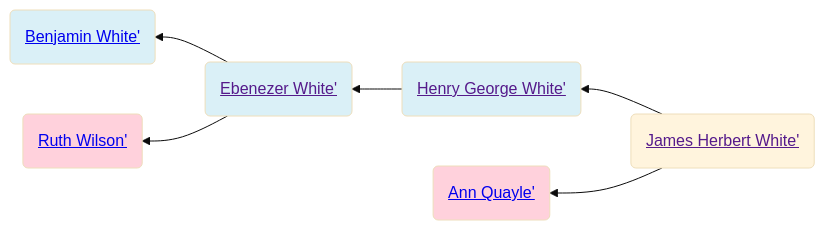
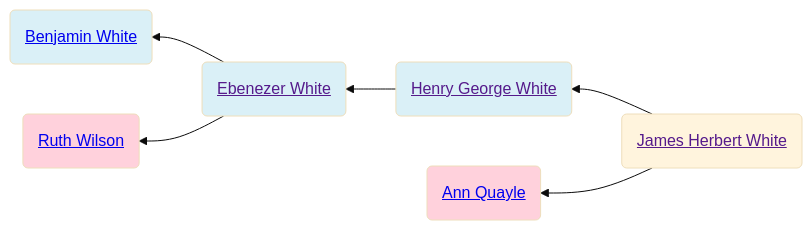
Before and after one commit to neelsmith/avocational: the diagram in familyhistory/sources/people/Merrill-line/White-line/James_Herbert_White.qmd, drawn with Mermaid (base theme). The commit also changed 96 other files, not shown here.

````diff
--- a/familyhistory/sources/people/Merrill-line/White-line/James_Herbert_White.qmd
+++ b/familyhistory/sources/people/Merrill-line/White-line/James_Herbert_White.qmd
@@ -19,18 +19,18 @@
 ```{mermaid}
 graph RL
 %% RL ancestor diagram
-James_Herbert_White(<a href=''>James Herbert White'</>) -->  Henry_George_White(<a href='./Henry_George_White.html'>Henry George White'</>)
-Henry_George_White(<a href=''>Henry George White'</>) -->  Ebenezer_White(<a href='./Ebenezer_White.html'>Ebenezer White'</>)
-Ebenezer_White(<a href=''>Ebenezer White'</>) -->  Benjamin_White(<a href='./Benjamin_White.html'>Benjamin White'</>)
+James_Herbert_White(<a href=''>James Herbert White</a>) -->  Henry_George_White(<a href='./Henry_George_White.html'>Henry George White</a>)
+Henry_George_White(<a href=''>Henry George White</a>) -->  Ebenezer_White(<a href='./Ebenezer_White.html'>Ebenezer White</a>)
+Ebenezer_White(<a href=''>Ebenezer White</a>) -->  Benjamin_White(<a href='./Benjamin_White.html'>Benjamin White</a>)
 class Benjamin_White father
-Ebenezer_White(<a href=''>Ebenezer White'</>)  --> Ruth_Wilson(<a href='./Wilson-line/Ruth_Wilson.html'>Ruth Wilson'</>)
+Ebenezer_White(<a href=''>Ebenezer White</a>)  --> Ruth_Wilson(<a href='./Wilson-line/Ruth_Wilson.html'>Ruth Wilson</a>)
 class Ruth_Wilson mother
 class Ebenezer_White father
 class Henry_George_White father
-James_Herbert_White(<a href=''>James Herbert White'</>)  --> Ann_Quayle(<a href='./Ann_Quayle.html'>Ann Quayle'</>)
+James_Herbert_White(<a href=''>James Herbert White</a>)  --> Ann_Quayle(<a href='./Ann_Quayle.html'>Ann Quayle</a>)
 class Ann_Quayle mother
 classDef mother fill:#ffd1dc
 classDef father fill:#daf0f7  
 classDef marriage fill:#ffffff
 
 ```
````
